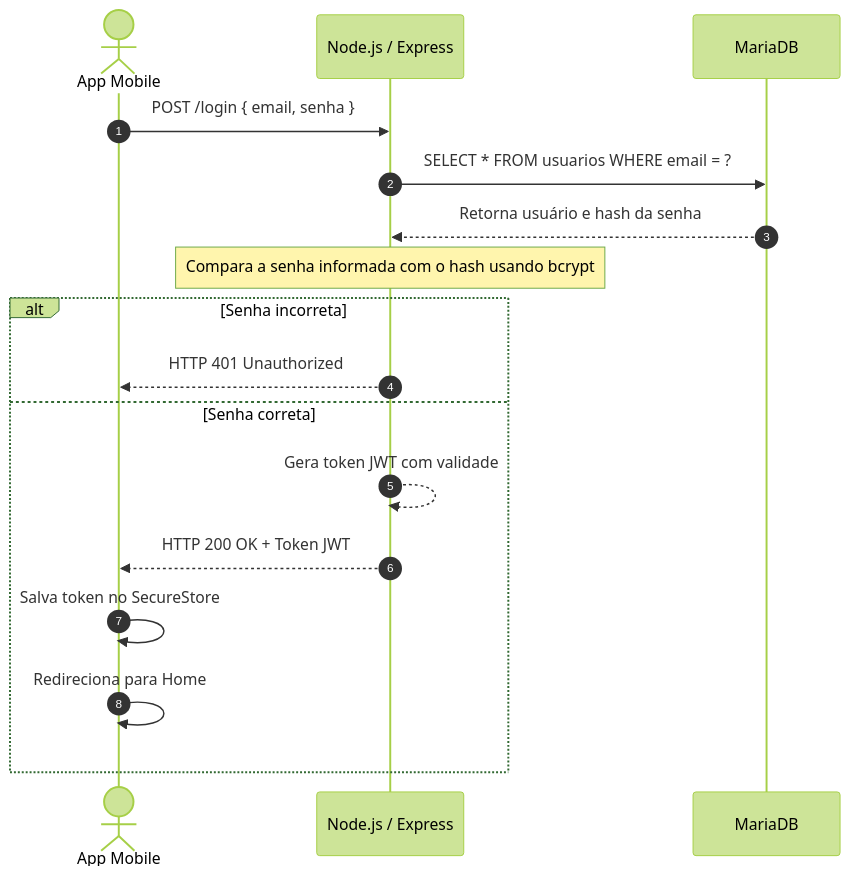
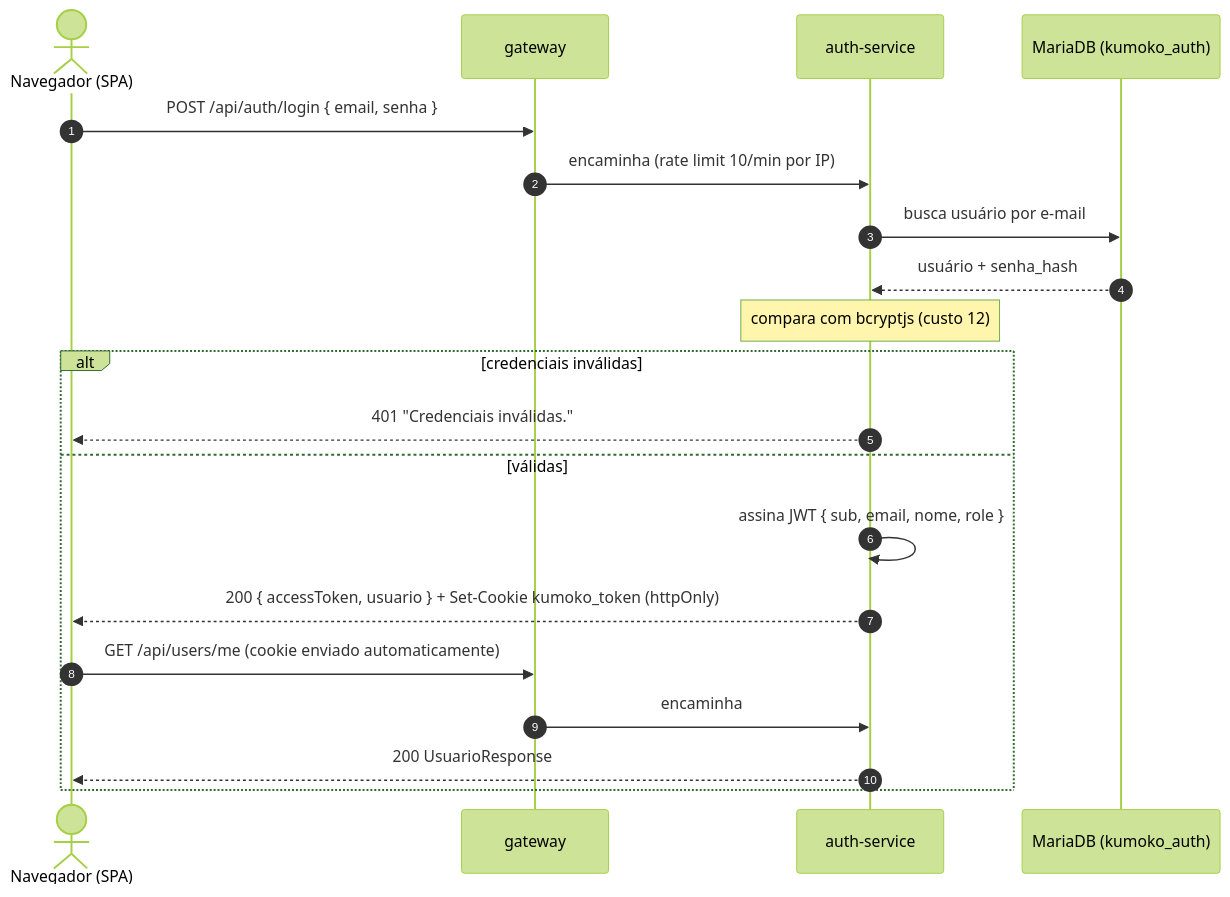
The eighth of 8 diagrams in README.md (PFLYIN/kumoko-scan), drawn with Mermaid (forest theme) before and after one commit. The commit also changed other lines of this file and 30 other files, not shown here.

````diff
--- a/README.md
+++ b/README.md
@@ -225,20 +509,23 @@
 ```mermaid
 sequenceDiagram
     autonumber
-    actor Cliente as App Mobile
-    participant API as Node.js / Express
-    participant DB as MariaDB
+    actor U as Navegador (SPA)
+    participant G as gateway
+    participant A as auth-service
+    participant DB as MariaDB (kumoko_auth)
 
-    Cliente->>API: POST /login { email, senha }
-    API->>DB: SELECT * FROM usuarios WHERE email = ?
-    DB-->>API: Retorna usuário e hash da senha
-    Note over API: Compara a senha informada com o hash usando bcrypt
-    alt Senha incorreta
-        API-->>Cliente: HTTP 401 Unauthorized
-    else Senha correta
-        API-->>API: Gera token JWT com validade
-        API-->>Cliente: HTTP 200 OK + Token JWT
-        Cliente->>Cliente: Salva token no SecureStore
-        Cliente->>Cliente: Redireciona para Home
+    U->>G: POST /api/auth/login { email, senha }
+    G->>A: encaminha (rate limit 10/min por IP)
+    A->>DB: busca usuário por e-mail
+    DB-->>A: usuário + senha_hash
+    Note over A: compara com bcryptjs (custo 12)
+    alt credenciais inválidas
+        A-->>U: 401 "Credenciais inválidas."
+    else válidas
+        A->>A: assina JWT { sub, email, nome, role }
+        A-->>U: 200 { accessToken, usuario } + Set-Cookie kumoko_token (httpOnly)
+        U->>G: GET /api/users/me (cookie enviado automaticamente)
+        G->>A: encaminha
+        A-->>U: 200 UsuarioResponse
     end
 ```
````
